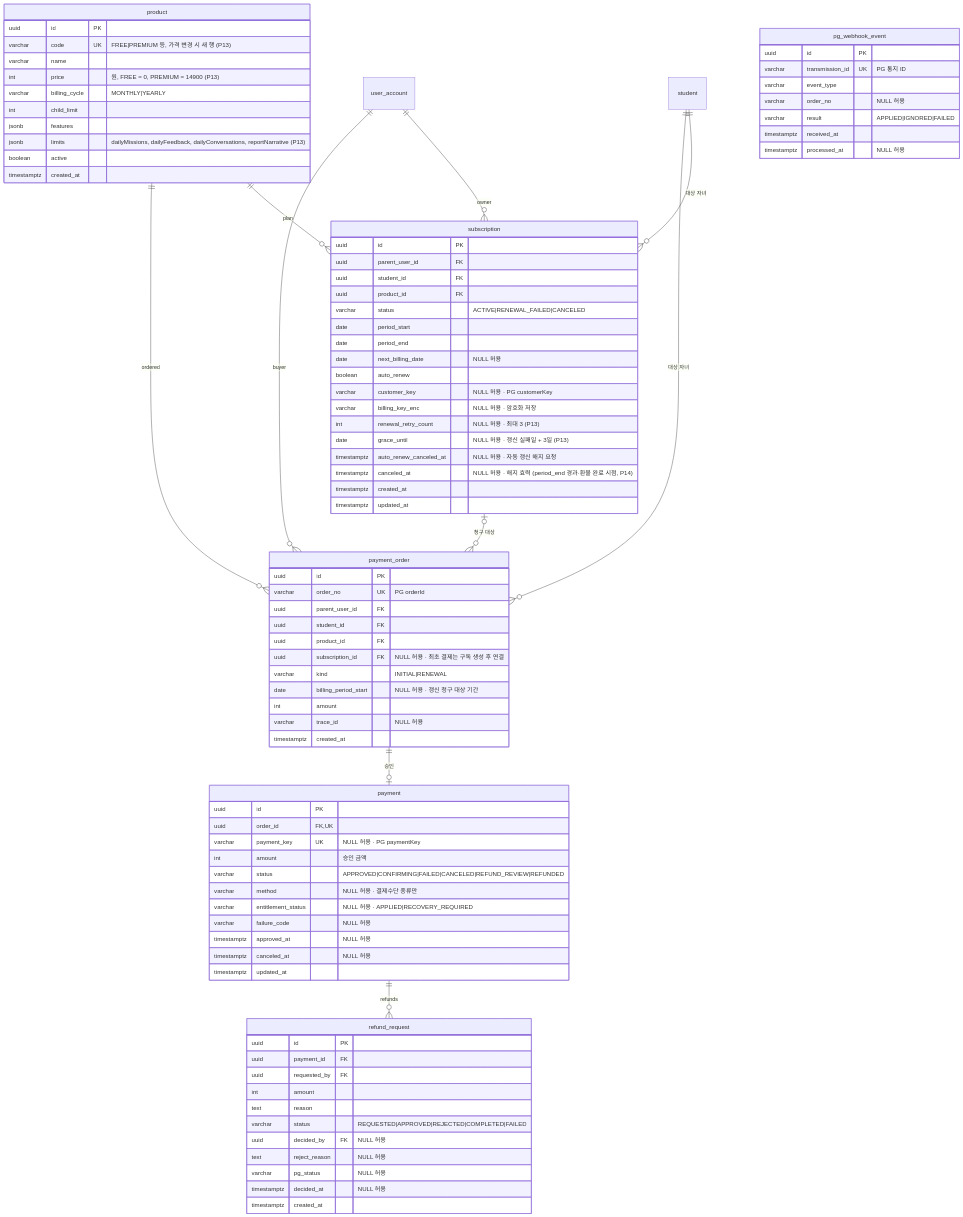
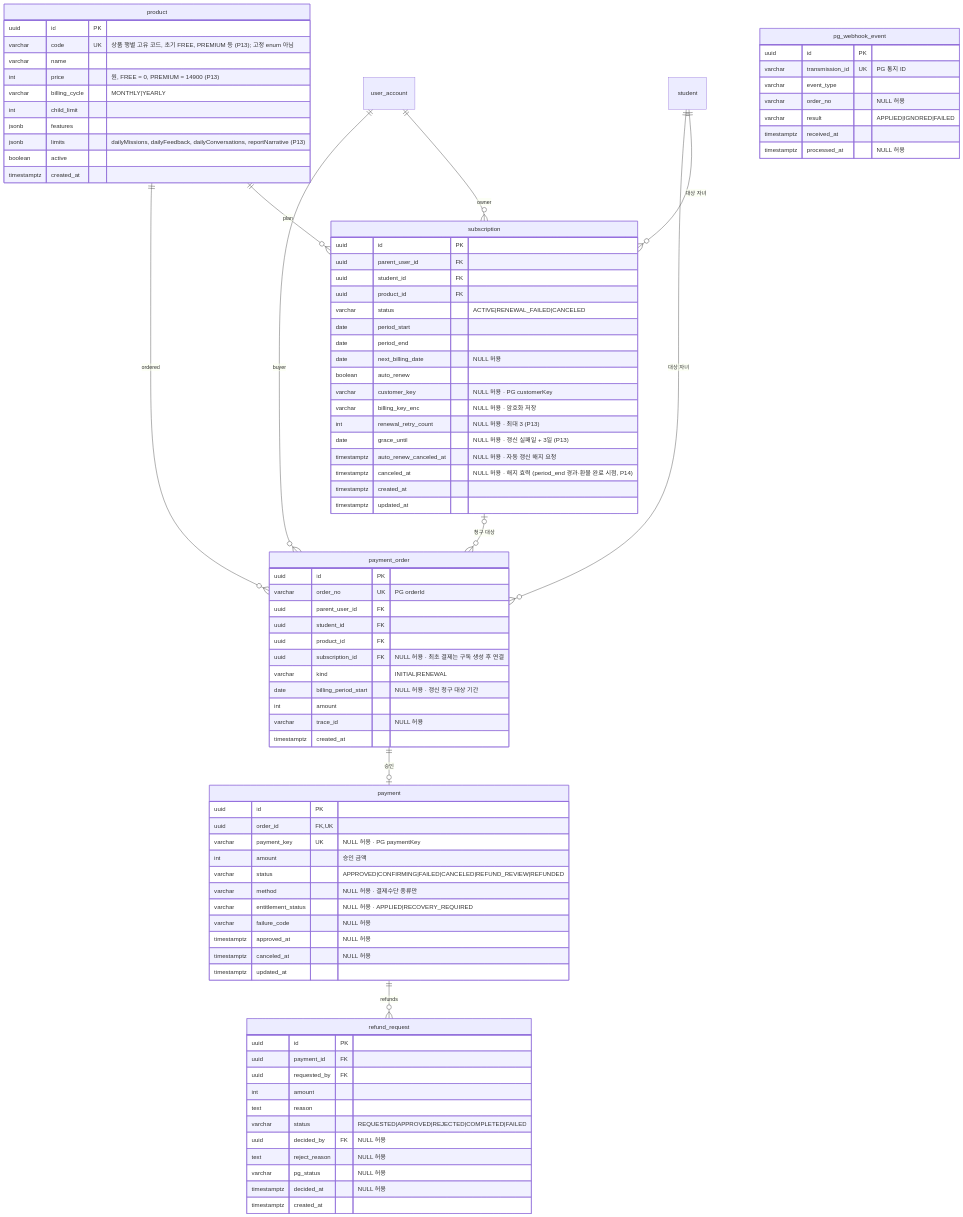
Before and after one commit to SKNETWORKS-FAMILY-AICAMP/SKN34-FINAL-3TEAM: the fourth of 9 diagrams in docs/design/erd.md, drawn with Mermaid. The commit also changed other lines of this file and 10 other files, not shown here.

```diff
--- a/docs/design/erd.md
+++ b/docs/design/erd.md
@@ -369,7 +370,7 @@
 
   product {
     uuid id PK
-    varchar code UK "FREE|PREMIUM 등, 가격 변경 시 새 행 (P13)"
+    varchar code UK "상품 행별 고유 코드, 초기 FREE, PREMIUM 등 (P13); 고정 enum 아님"
     varchar name
     int price "원, FREE = 0, PREMIUM = 14900 (P13)"
     varchar billing_cycle "MONTHLY|YEARLY"
```
